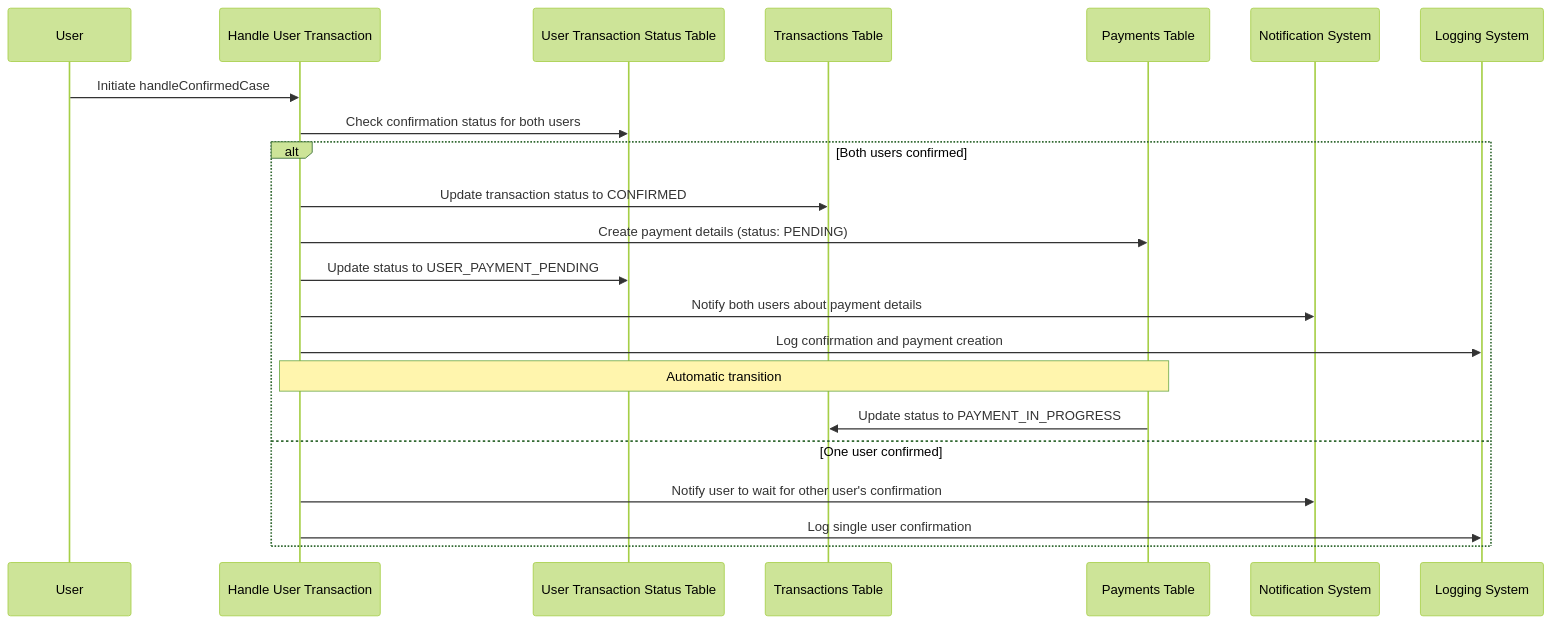
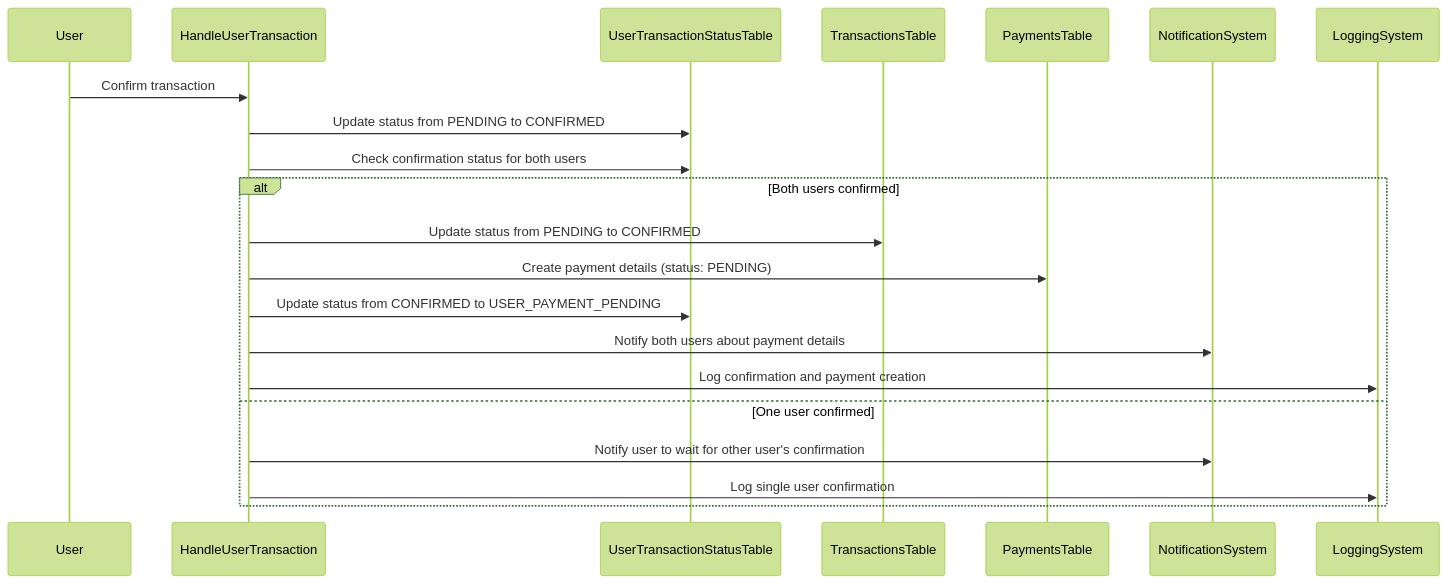
Before and after one commit to Loknong/book-exchange: the third of 11 diagrams in documents/Exchange.flow.md, drawn with Mermaid (forest theme). The commit also changed other lines of this file and 1 other file, not shown here.

````diff
--- a/documents/Exchange.flow.md
+++ b/documents/Exchange.flow.md
@@ -130,26 +130,27 @@
 ```mermaid
 sequenceDiagram
-    participant User
-    participant HandleUserTransaction as Handle User Transaction
-    participant UserTransactionStatusTable as User Transaction Status Table
-    participant TransactionsTable as Transactions Table
-    participant PaymentsTable as Payments Table
-    participant NotificationSystem as Notification System
-    participant LoggingSystem as Logging System
+    %% participant User
+    %% participant HandleUserTransaction as Handle User Transaction
+    %% participant UserTransactionStatusTable as User Transaction Status Table
+    %% participant TransactionsTable as Transactions Table
+    %% participant PaymentsTable as Payments Table
+    %% participant NotificationSystem as Notification System
+    %% participant LoggingSystem as Logging System
 
-    User->>HandleUserTransaction: Initiate handleConfirmedCase
+    User->>HandleUserTransaction: Confirm transaction
+    HandleUserTransaction->>UserTransactionStatusTable: Update status from PENDING to CONFIRMED
     HandleUserTransaction->>UserTransactionStatusTable: Check confirmation status for both users
+
     alt Both users confirmed
-        HandleUserTransaction->>TransactionsTable: Update transaction status to CONFIRMED
+        HandleUserTransaction->>TransactionsTable: Update status from PENDING to CONFIRMED
         HandleUserTransaction->>PaymentsTable: Create payment details (status: PENDING)
-        HandleUserTransaction->>UserTransactionStatusTable: Update status to USER_PAYMENT_PENDING
+        HandleUserTransaction->>UserTransactionStatusTable: Update status from CONFIRMED to USER_PAYMENT_PENDING
         HandleUserTransaction->>NotificationSystem: Notify both users about payment details
         HandleUserTransaction->>LoggingSystem: Log confirmation and payment creation
 
-        note over HandleUserTransaction, PaymentsTable: Automatic transition
-        PaymentsTable->>TransactionsTable: Update status to PAYMENT_IN_PROGRESS
+        %% PaymentsTable->>TransactionsTable: Update status from PAYMENT_PENDING to PAYMENT_IN_PROGRESS
     else One user confirmed
         HandleUserTransaction->>NotificationSystem: Notify user to wait for other user's confirmation
         HandleUserTransaction->>LoggingSystem: Log single user confirmation
     end
 ```
````
